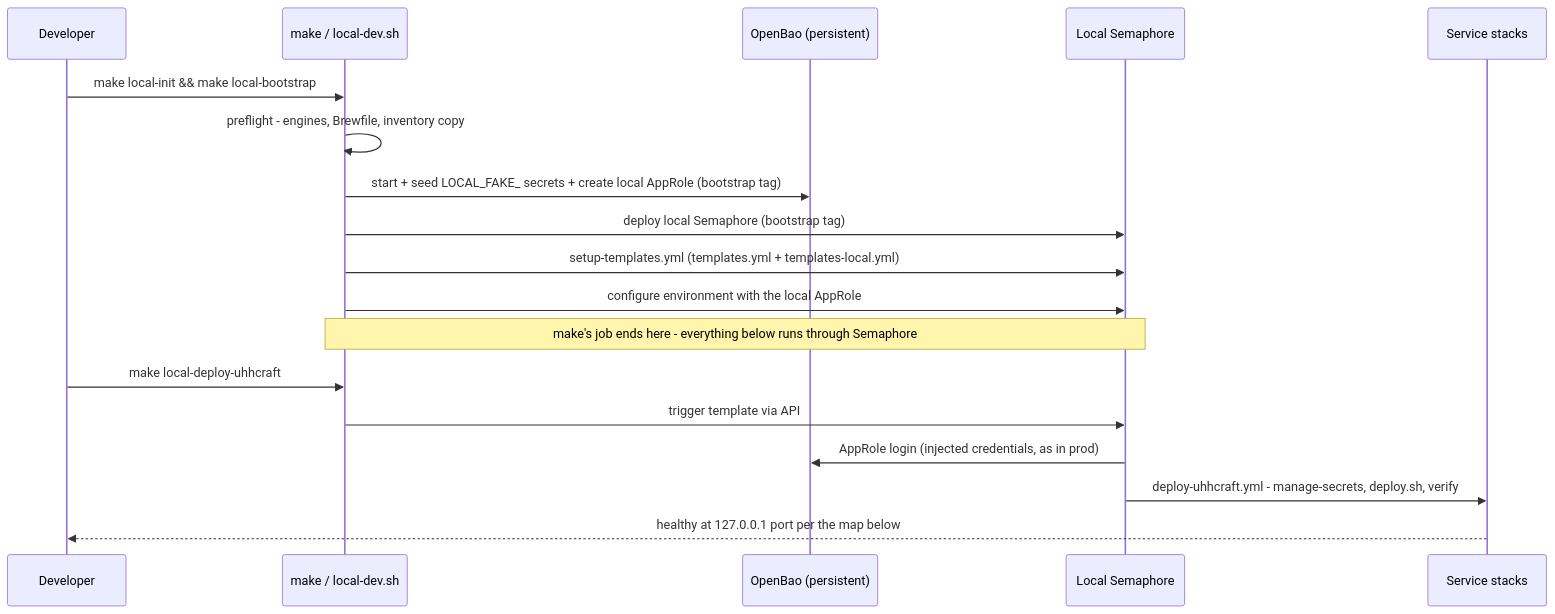
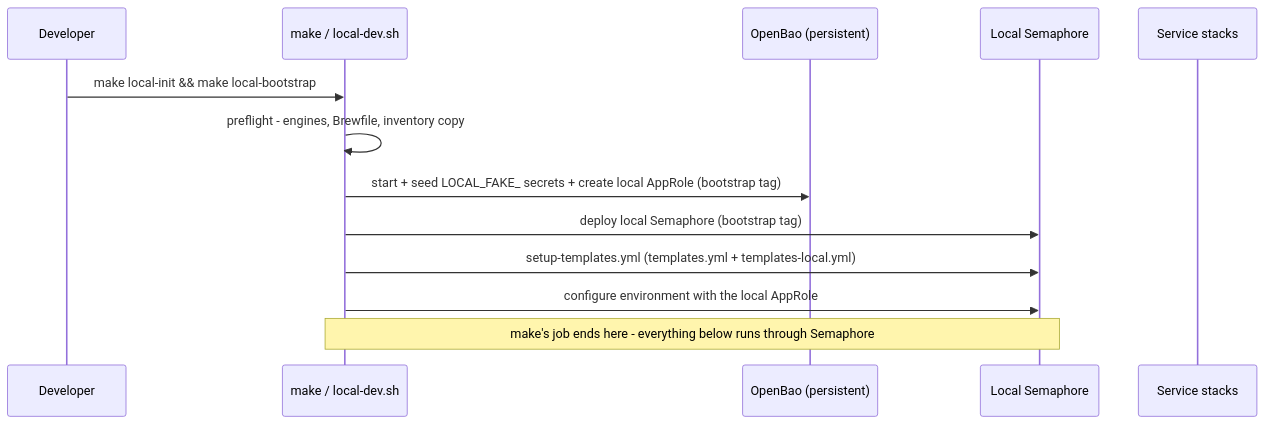
One commit to uhstray-io/agent-cloud changed the third of 5 diagrams in plan/archive/development/LOCAL-DEV-DEPLOYMENT.md. Above: the diagram before and after it, drawn with Mermaid. The commit also changed other lines of this file and 29 other files, not shown here.

````diff
--- a/plan/archive/development/LOCAL-DEV-DEPLOYMENT.md
+++ b/plan/archive/development/LOCAL-DEV-DEPLOYMENT.md
@@ -122,21 +119,16 @@
 ```mermaid
 sequenceDiagram
     participant DEV as Developer
     participant MAKE as make / local-dev.sh
     participant BAO as OpenBao (persistent)
     participant SEM as Local Semaphore
     participant SVC as Service stacks
 
     DEV->>MAKE: make local-init && make local-bootstrap
     MAKE->>MAKE: preflight - engines, Brewfile, inventory copy
     MAKE->>BAO: start + seed LOCAL_FAKE_ secrets + create local AppRole (bootstrap tag)
     MAKE->>SEM: deploy local Semaphore (bootstrap tag)
     MAKE->>SEM: setup-templates.yml (templates.yml + templates-local.yml)
     MAKE->>SEM: configure environment with the local AppRole
     Note over MAKE,SEM: make's job ends here - everything below runs through Semaphore
-    DEV->>MAKE: make local-deploy-uhhcraft
-    MAKE->>SEM: trigger template via API
-    SEM->>BAO: AppRole login (injected credentials, as in prod)
-    SEM->>SVC: deploy-uhhcraft.yml - manage-secrets, deploy.sh, verify
-    SVC-->>DEV: healthy at 127.0.0.1 port per the map below
 ```
````
